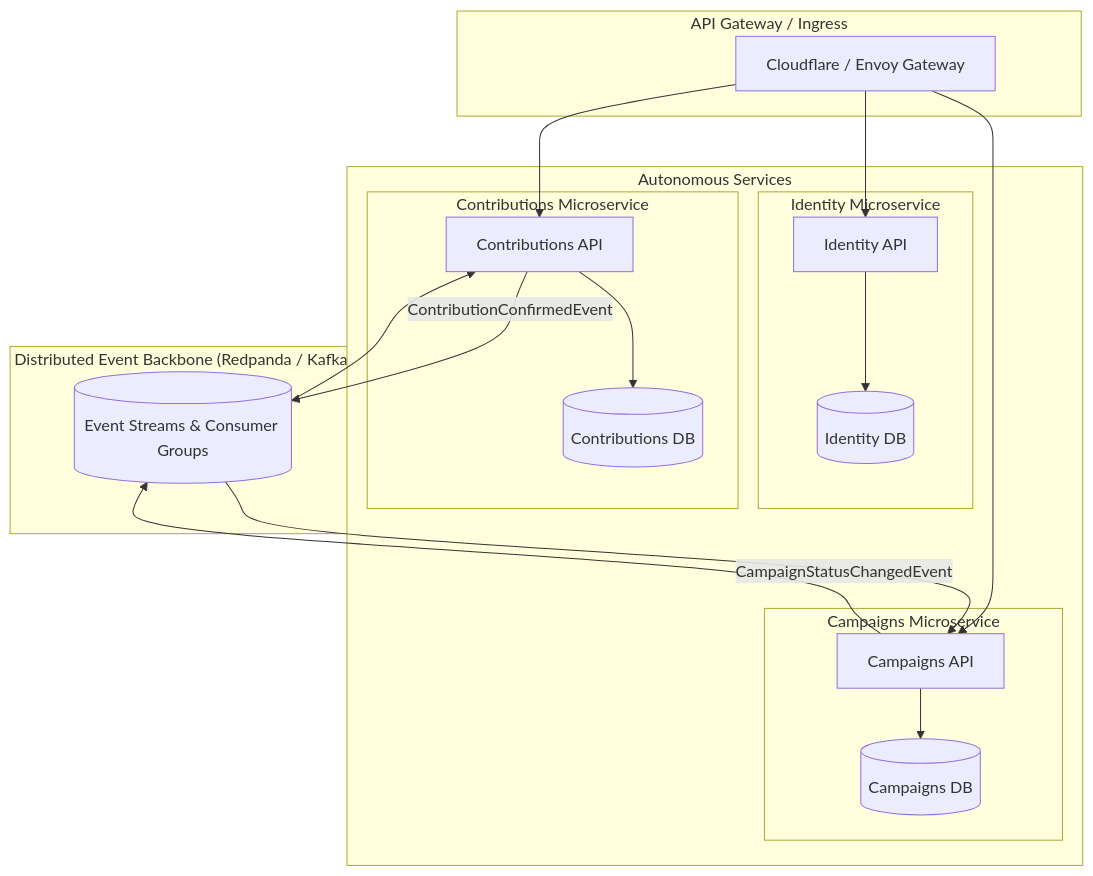
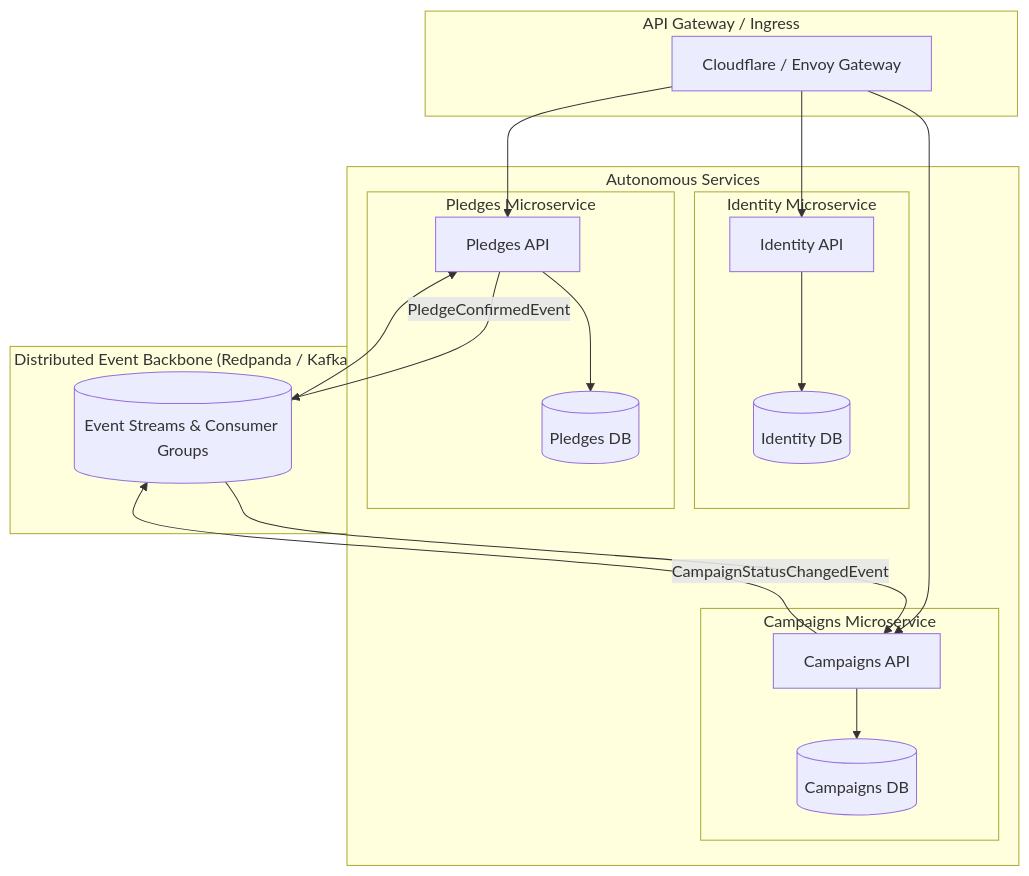
Before and after one commit to maysamgamini/crowdfundinghub: diagram 14 of 14 in docs/TRADE_OFFS_AND_LIMITATIONS.md, drawn with Mermaid. The commit also changed other lines of this file and 571 other files, not shown here.

First line of the commit message:
refactor: use the course vocabulary, pledge and backer, where the code said contribution and contributor

````diff
--- a/docs/TRADE_OFFS_AND_LIMITATIONS.md
+++ b/docs/TRADE_OFFS_AND_LIMITATIONS.md
@@ -709,33 +709,33 @@
 ```mermaid
 graph TB
     subgraph "API Gateway / Ingress"
         Gateway["Cloudflare / Envoy Gateway"]
     end
 
     subgraph "Autonomous Services"
         subgraph "Identity Microservice"
             IdSvc["Identity API"] --> IdDB[("Identity DB")]
         end
 
-        subgraph "Contributions Microservice"
-            ContSvc["Contributions API"] --> ContDB[("Contributions DB")]
+        subgraph "Pledges Microservice"
+            ContSvc["Pledges API"] --> ContDB[("Pledges DB")]
         end
 
         subgraph "Campaigns Microservice"
             CampSvc["Campaigns API"] --> CampDB[("Campaigns DB")]
         end
     end
 
     subgraph "Distributed Event Backbone (Redpanda / Kafka)"
         Bus[("Event Streams & Consumer Groups")]
     end
 
     Gateway --> IdSvc
     Gateway --> ContSvc
     Gateway --> CampSvc
 
-    ContSvc -- "ContributionConfirmedEvent" --> Bus
+    ContSvc -- "PledgeConfirmedEvent" --> Bus
     Bus --> CampSvc
     CampSvc -- "CampaignStatusChangedEvent" --> Bus
     Bus --> ContSvc
 ```
````
